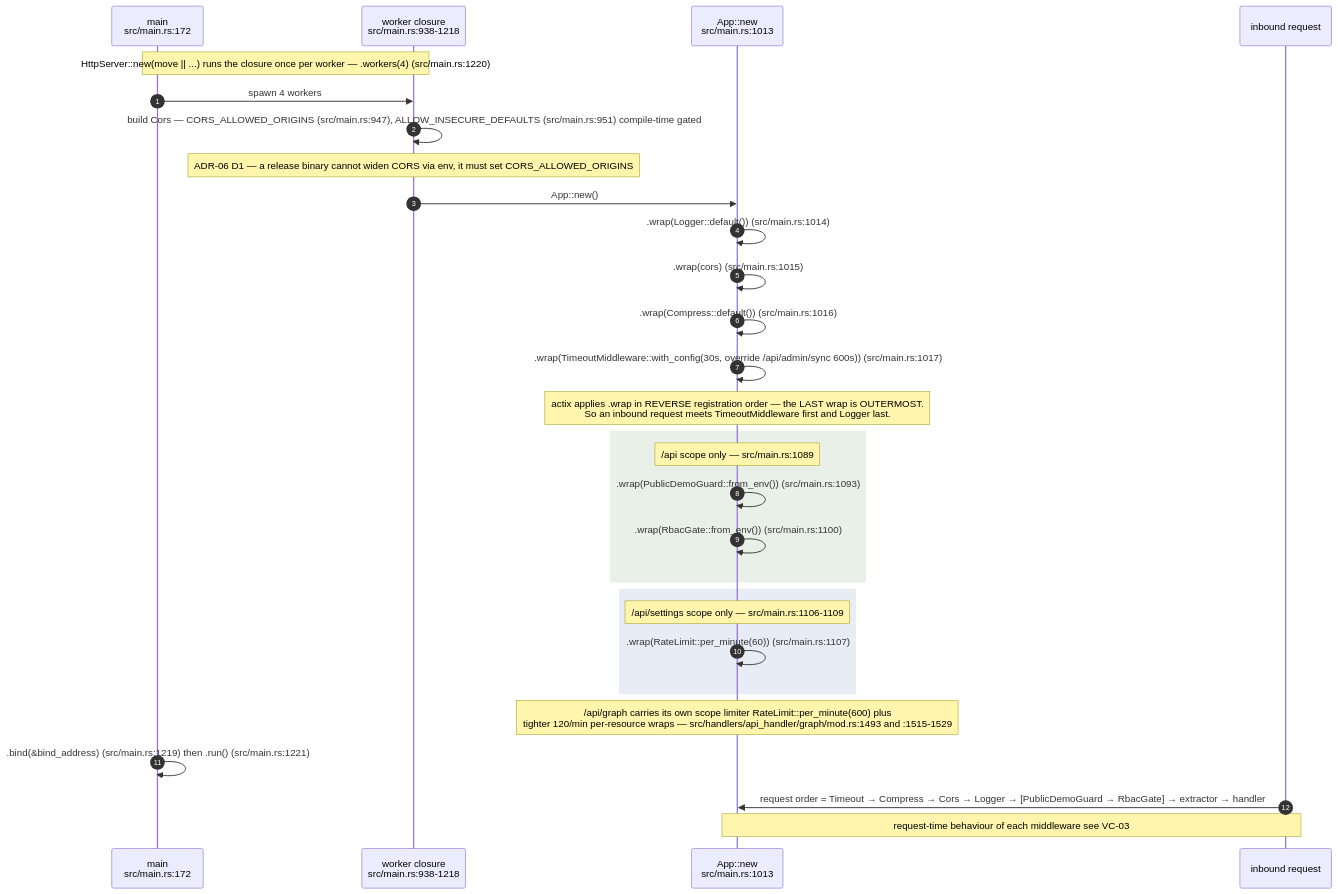
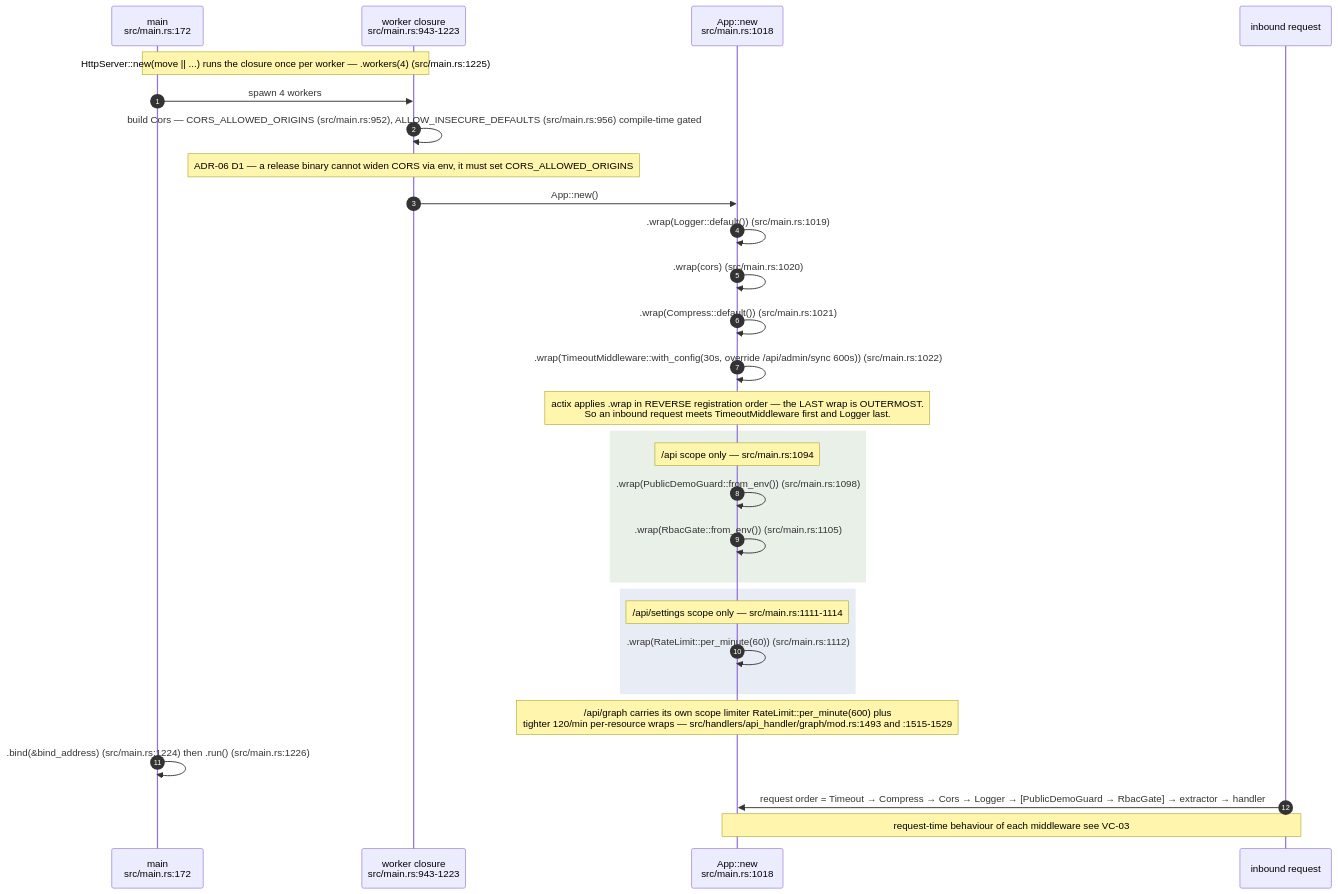
The third of 13 diagrams in docs/diagrams/visionclaw/01-boot-and-app-state.md (DreamLab-AI/VisionFlow), drawn with Mermaid before and after one commit. The commit also changed other lines of this file and 136 other files, not shown here.

First line of the commit message:
docs(diagrams): refresh the whole corpus to code HEAD and prune low-value diagrams

````diff
--- a/docs/diagrams/visionclaw/01-boot-and-app-state.md
+++ b/docs/diagrams/visionclaw/01-boot-and-app-state.md
@@ -162,32 +166,32 @@
 ```mermaid
 sequenceDiagram
     autonumber
     participant M as main<br/>src/main.rs:172
-    participant W as worker closure<br/>src/main.rs:938-1218
-    participant A as App::new<br/>src/main.rs:1013
+    participant W as worker closure<br/>src/main.rs:943-1223
+    participant A as App::new<br/>src/main.rs:1018
     participant REQ as inbound request
 
-    Note over M,W: HttpServer::new(move || ...) runs the closure once per worker — .workers(4) (src/main.rs:1220)
+    Note over M,W: HttpServer::new(move || ...) runs the closure once per worker — .workers(4) (src/main.rs:1225)
     M->>W: spawn 4 workers
-    W->>W: build Cors — CORS_ALLOWED_ORIGINS (src/main.rs:947), ALLOW_INSECURE_DEFAULTS (src/main.rs:951) compile-time gated
+    W->>W: build Cors — CORS_ALLOWED_ORIGINS (src/main.rs:952), ALLOW_INSECURE_DEFAULTS (src/main.rs:956) compile-time gated
     Note over W: ADR-06 D1 — a release binary cannot widen CORS via env, it must set CORS_ALLOWED_ORIGINS
     W->>A: App::new()
-    A->>A: .wrap(Logger::default()) (src/main.rs:1014)
-    A->>A: .wrap(cors) (src/main.rs:1015)
-    A->>A: .wrap(Compress::default()) (src/main.rs:1016)
-    A->>A: .wrap(TimeoutMiddleware::with_config(30s, override /api/admin/sync 600s)) (src/main.rs:1017)
+    A->>A: .wrap(Logger::default()) (src/main.rs:1019)
+    A->>A: .wrap(cors) (src/main.rs:1020)
+    A->>A: .wrap(Compress::default()) (src/main.rs:1021)
+    A->>A: .wrap(TimeoutMiddleware::with_config(30s, override /api/admin/sync 600s)) (src/main.rs:1022)
     Note over A: actix applies .wrap in REVERSE registration order — the LAST wrap is OUTERMOST.<br/>So an inbound request meets TimeoutMiddleware first and Logger last.
     rect rgb(232,240,232)
-    Note over A: /api scope only — src/main.rs:1089
-    A->>A: .wrap(PublicDemoGuard::from_env()) (src/main.rs:1093)
-    A->>A: .wrap(RbacGate::from_env()) (src/main.rs:1100)
+    Note over A: /api scope only — src/main.rs:1094
+    A->>A: .wrap(PublicDemoGuard::from_env()) (src/main.rs:1098)
+    A->>A: .wrap(RbacGate::from_env()) (src/main.rs:1105)
     end
     rect rgb(232,236,244)
-    Note over A: /api/settings scope only — src/main.rs:1106-1109
-    A->>A: .wrap(RateLimit::per_minute(60)) (src/main.rs:1107)
+    Note over A: /api/settings scope only — src/main.rs:1111-1114
+    A->>A: .wrap(RateLimit::per_minute(60)) (src/main.rs:1112)
     end
     Note over A: /api/graph carries its own scope limiter RateLimit::per_minute(600) plus<br/>tighter 120/min per-resource wraps — src/handlers/api_handler/graph/mod.rs:1493 and :1515-1529
-    M->>M: .bind(&bind_address) (src/main.rs:1219) then .run() (src/main.rs:1221)
+    M->>M: .bind(&bind_address) (src/main.rs:1224) then .run() (src/main.rs:1226)
     REQ->>A: request order = Timeout → Compress → Cors → Logger → [PublicDemoGuard → RbacGate] → extractor → handler
     Note over REQ,A: request-time behaviour of each middleware see VC-03
 ```
````
